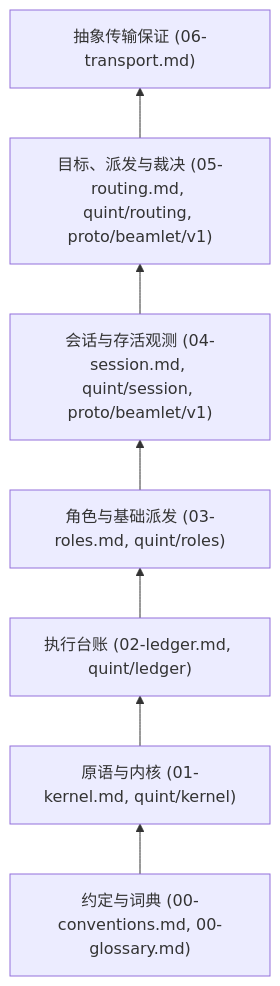
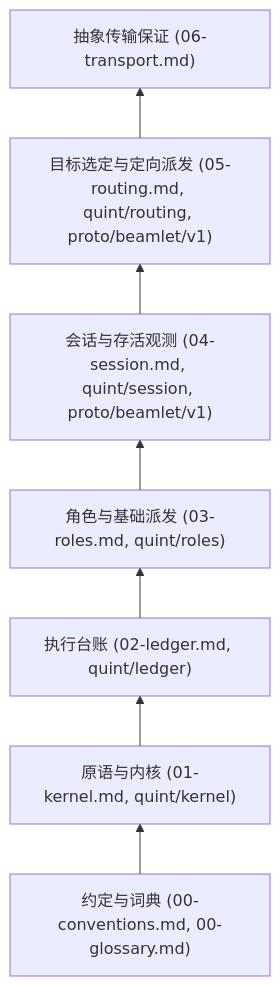
One commit to Everfold/Beamlet changed the diagram in spec/README.md. Above: the diagram before and after it, drawn with Mermaid. The commit also changed other lines of this file and 10 other files, not shown here.

````diff
--- a/spec/README.md
+++ b/spec/README.md
@@ -13,12 +13,12 @@
 ```mermaid
 flowchart BT
     CONV["约定与词典 (00-conventions.md, 00-glossary.md)"]
     KRN["原语与内核 (01-kernel.md, quint/kernel)"]
     LDG["执行台账 (02-ledger.md, quint/ledger)"]
     ROL["角色与基础派发 (03-roles.md, quint/roles)"]
     SES["会话与存活观测 (04-session.md, quint/session, proto/beamlet/v1)"]
-    RTE["目标、派发与裁决 (05-routing.md, quint/routing, proto/beamlet/v1)"]
+    RTE["目标选定与定向派发 (05-routing.md, quint/routing, proto/beamlet/v1)"]
     TRP["抽象传输保证 (06-transport.md)"]
 
     CONV --> KRN --> LDG --> ROL --> SES --> RTE --> TRP
 ```
````
